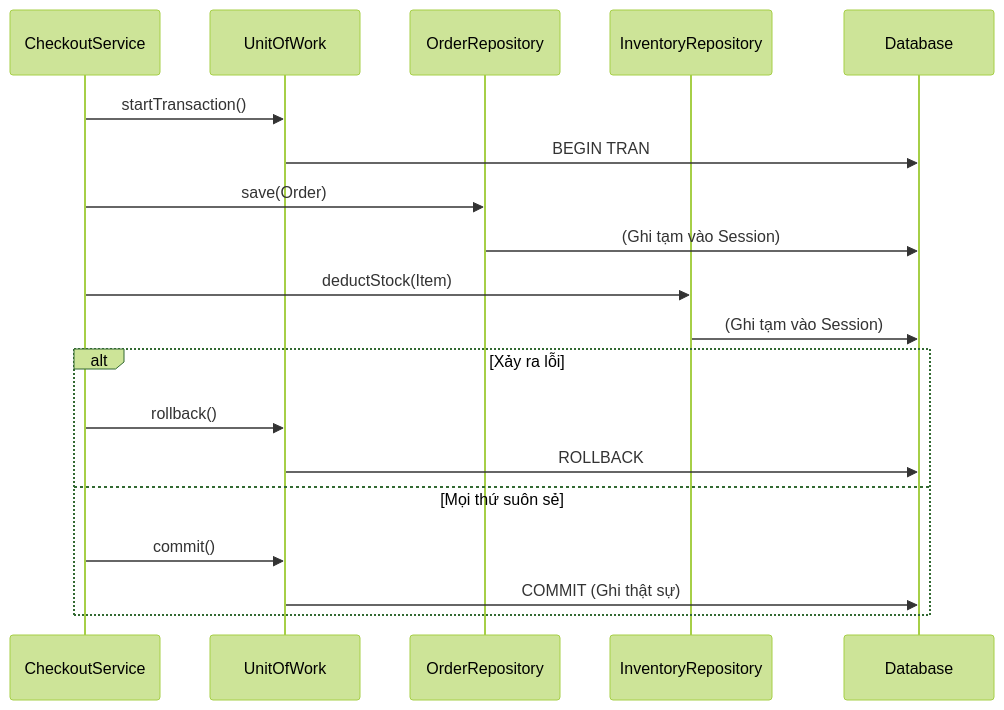
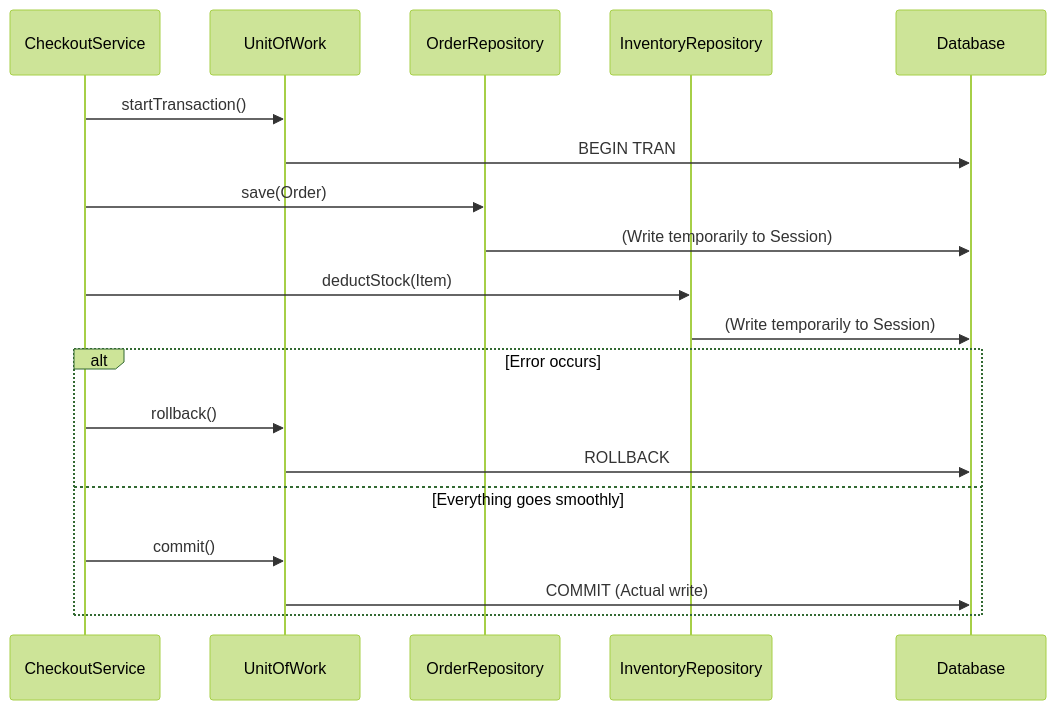
The diagram in src/data/blog/en/87-2026-08-27-design-pattern-14-data-access-patterns-unit-of-work.md (ga2631/ga2631.github.io), drawn with Mermaid (forest theme) before and after one commit. The commit also changed other lines of this file and 74 other files, not shown here.

````diff
--- a/src/data/blog/en/87-2026-08-27-design-pattern-14-data-access-patterns-unit-of-work.md
+++ b/src/data/blog/en/87-2026-08-27-design-pattern-14-data-access-patterns-unit-of-work.md
@@ -36,23 +36,23 @@
 ```mermaid
 sequenceDiagram
     participant Service as CheckoutService
     participant UoW as UnitOfWork
     participant O_Repo as OrderRepository
     participant I_Repo as InventoryRepository
     participant DB as Database
 
     Service->>UoW: startTransaction()
     UoW->>DB: BEGIN TRAN
     Service->>O_Repo: save(Order)
-    O_Repo->>DB: (Ghi tạm vào Session)
+    O_Repo->>DB: (Write temporarily to Session)
     Service->>I_Repo: deductStock(Item)
-    I_Repo->>DB: (Ghi tạm vào Session)
+    I_Repo->>DB: (Write temporarily to Session)
 
-    alt Xảy ra lỗi
+    alt Error occurs
         Service->>UoW: rollback()
         UoW->>DB: ROLLBACK
-    else Mọi thứ suôn sẻ
+    else Everything goes smoothly
         Service->>UoW: commit()
-        UoW->>DB: COMMIT (Ghi thật sự)
+        UoW->>DB: COMMIT (Actual write)
     end
 ```
````
